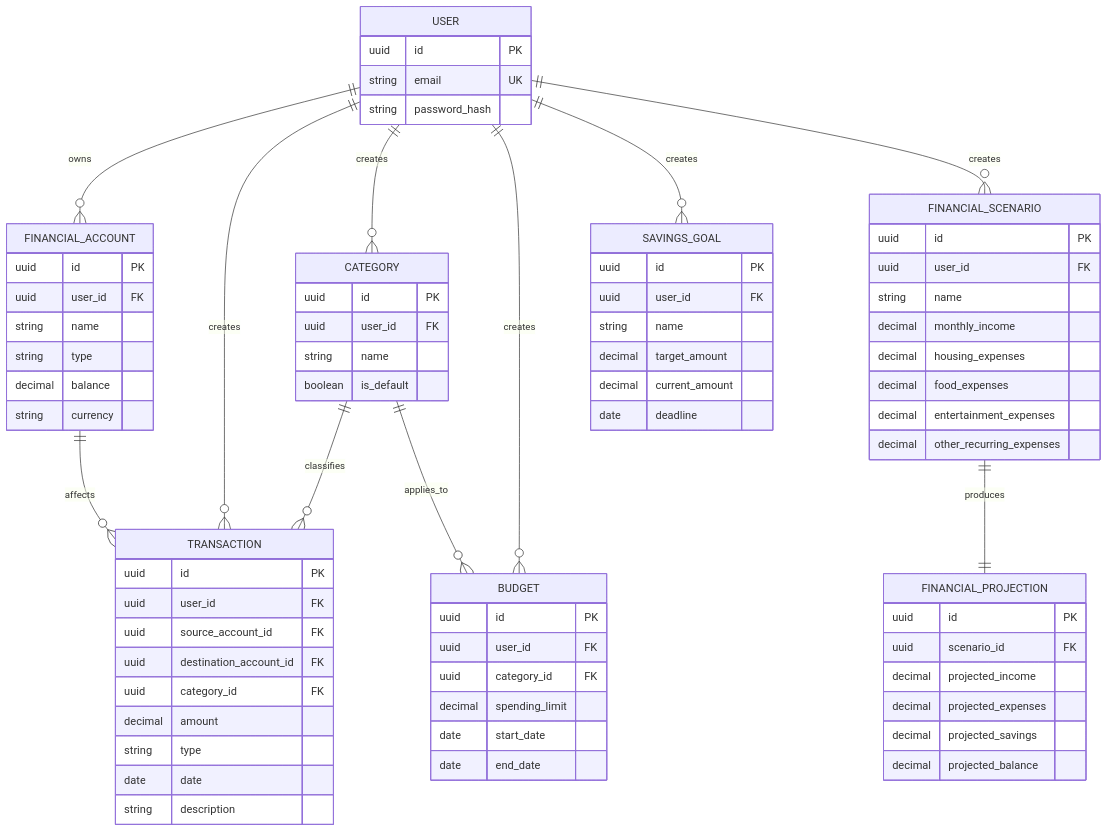
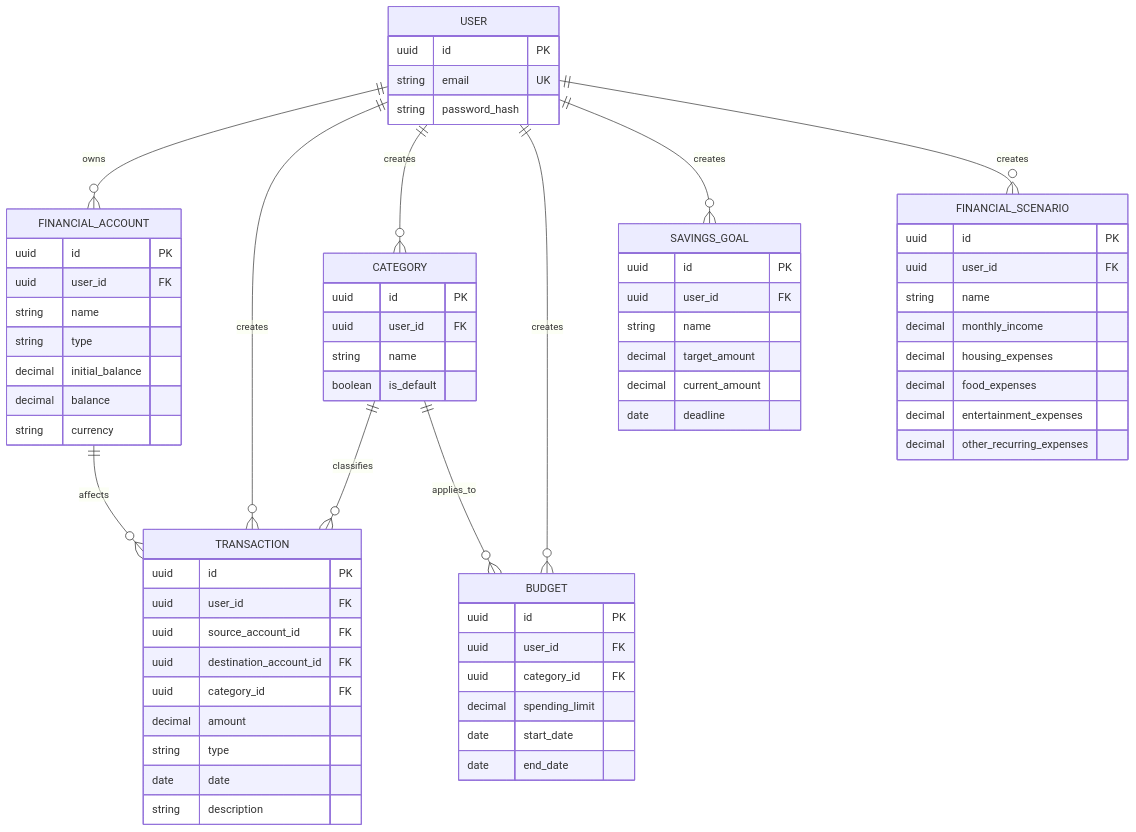
One commit to makstuk1410/personal_finance_manager changed the diagram in docs/database.md. Above: the diagram before and after it, drawn with Mermaid. The commit also changed other lines of this file, not shown here.

````diff
--- a/docs/database.md
+++ b/docs/database.md
@@ -35,8 +34,6 @@
     CATEGORY ||--o{ TRANSACTION : classifies
     CATEGORY ||--o{ BUDGET : applies_to
 
-    FINANCIAL_SCENARIO ||--|| FINANCIAL_PROJECTION : produces
-
     USER {
         uuid id PK
         string email UK
@@ -48,6 +45,7 @@
         uuid user_id FK
         string name
         string type
+        decimal initial_balance
         decimal balance
         string currency
     }
@@ -99,13 +97,4 @@
         decimal entertainment_expenses
         decimal other_recurring_expenses
     }
-
-    FINANCIAL_PROJECTION {
-        uuid id PK
-        uuid scenario_id FK
-        decimal projected_income
-        decimal projected_expenses
-        decimal projected_savings
-        decimal projected_balance
-    }
 ```
````
